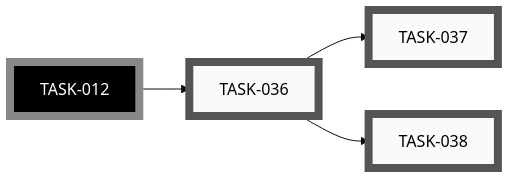
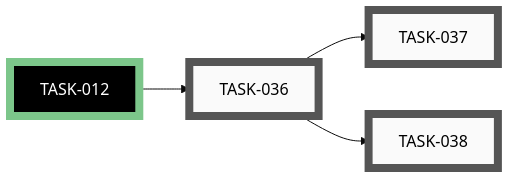
Before and after one commit to tgd1975/CircuitSmith: the fifth of 11 diagrams in docs/developers/tasks/EPICS.md, drawn with Mermaid (base theme). The commit also changed other lines of this file and 100 other files, not shown here.

````diff
--- a/docs/developers/tasks/EPICS.md
+++ b/docs/developers/tasks/EPICS.md
@@ -315,22 +316,22 @@
 ```mermaid
 graph LR
     TASK_036["TASK-036"]:::open
     TASK_037["TASK-037"]:::open
     TASK_038["TASK-038"]:::open
-    TASK_012["TASK-012"]:::openExt
+    TASK_012["TASK-012"]:::closedExt
     TASK_012 --> TASK_036
     TASK_036 --> TASK_037
     TASK_036 --> TASK_038
     click TASK_036 "open/task-036-implement-markdown-block-rewrite.md"
     click TASK_037 "open/task-037-implement-show-source-flag.md"
     click TASK_038 "open/task-038-update-pre-commit-hook-for-circuit-yml.md"
-    click TASK_012 "open/task-012-implement-renderer.md"
+    click TASK_012 "closed/task-012-implement-renderer.md"
     classDef open    fill:#FAFAFA,stroke:#555,stroke-width:8px,color:#000
     classDef active  fill:#FAFAFA,stroke:#1A6FA8,stroke-width:8px,color:#000
     classDef closed  fill:#FAFAFA,stroke:#3F8B53,stroke-width:8px,color:#000
     classDef paused  fill:#FAFAFA,stroke:#B07810,stroke-width:8px,color:#000
     classDef openExt    fill:#000,stroke:#888,stroke-width:8px,color:#FFF
     classDef activeExt  fill:#000,stroke:#3FA9F5,stroke-width:8px,color:#FFF
     classDef closedExt  fill:#000,stroke:#7CC68A,stroke-width:8px,color:#FFF
     classDef pausedExt  fill:#000,stroke:#F0B030,stroke-width:8px,color:#FFF
 ```
````
